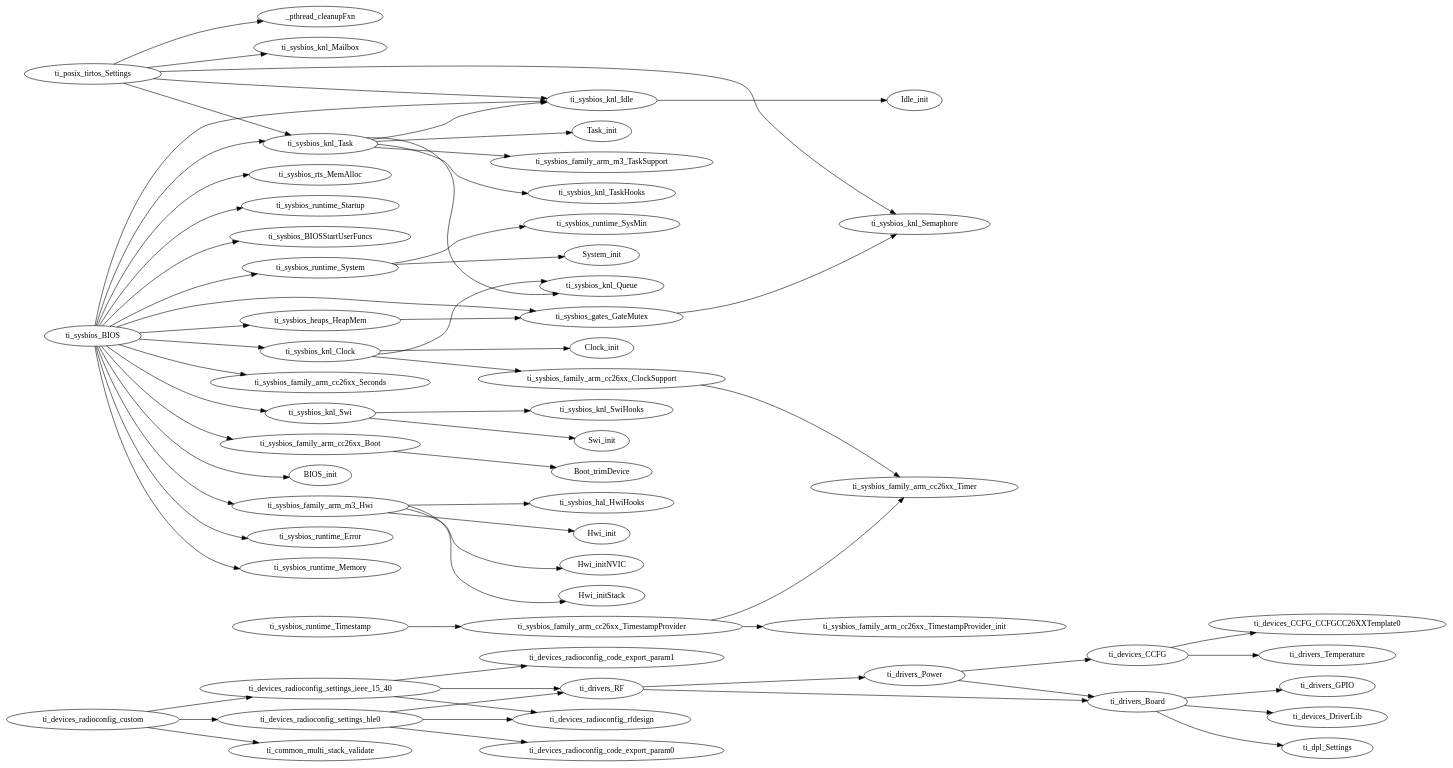
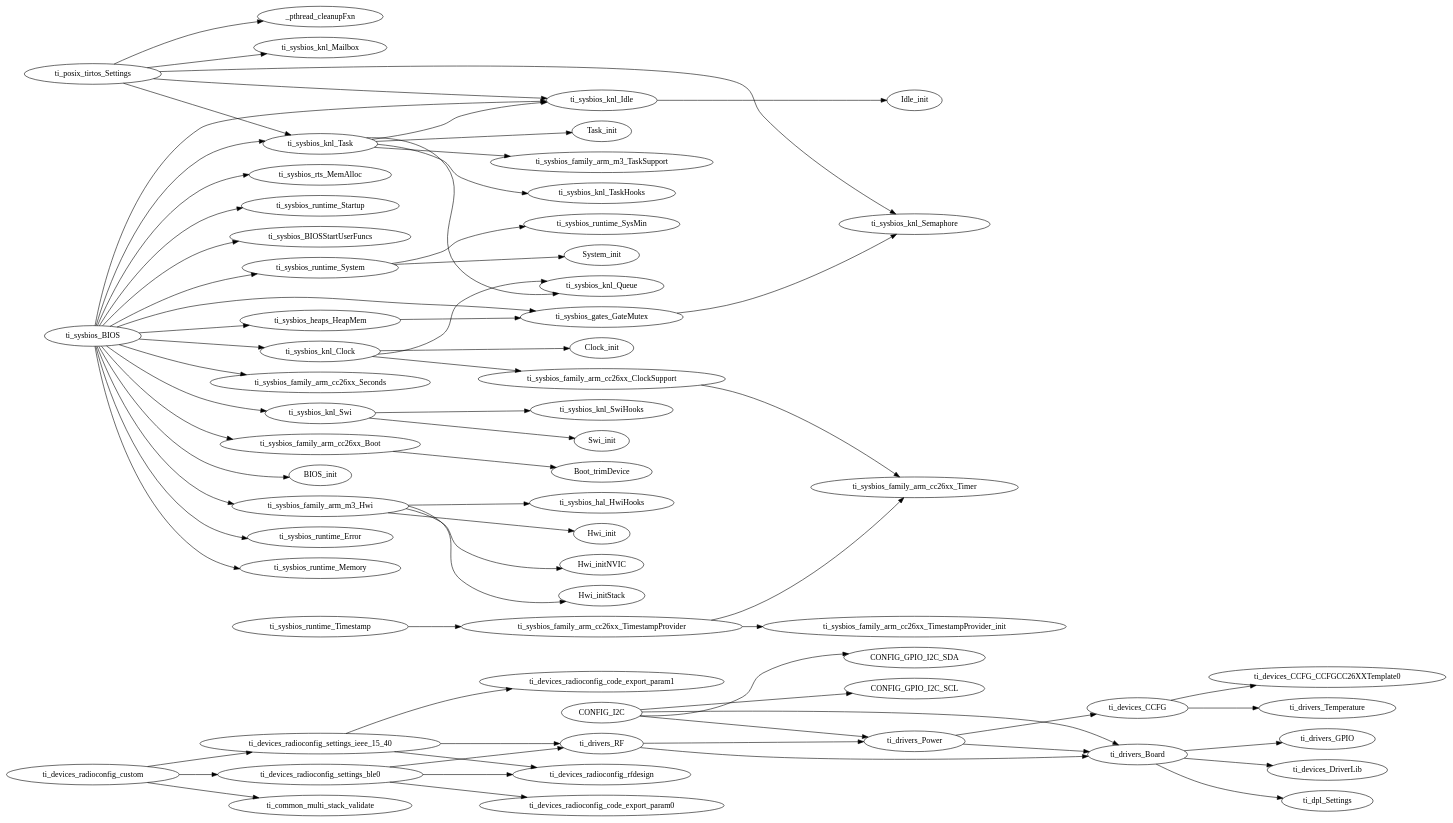
The diagram in Debug/syscfg/ti_utils_runtime_model.gv (voytex/multiSniff_project), drawn with Graphviz before and after one commit. The commit also changed 27 other files, not shown here.

```diff
--- a/Debug/syscfg/ti_utils_runtime_model.gv
+++ b/Debug/syscfg/ti_utils_runtime_model.gv
@@ -1,157 +1,163 @@
 digraph Model
 {
     graph[rankdir=LR]
 
     // mod.$name=/ti/common/multi_stack_validate
 
     // mod.$name=/ti/devices/CCFG
     ti_devices_CCFG -> ti_drivers_Temperature
     ti_devices_CCFG -> ti_devices_CCFG_CCFGCC26XXTemplate0
 
     // mod.$name=/ti/devices/CCFG/CCFGCC26XXTemplate
 
     // mod.$name=/ti/devices/DriverLib
 
     // mod.$name=/ti/devices/radioconfig/code_export_param
 
     // mod.$name=/ti/devices/radioconfig/custom
     ti_devices_radioconfig_custom -> ti_common_multi_stack_validate
     ti_devices_radioconfig_custom -> ti_devices_radioconfig_settings_ble0
     ti_devices_radioconfig_custom -> ti_devices_radioconfig_settings_ieee_15_40
 
     // mod.$name=/ti/devices/radioconfig/rfdesign
 
     // mod.$name=/ti/devices/radioconfig/settings/ble
     ti_devices_radioconfig_settings_ble0 -> ti_drivers_RF
     ti_devices_radioconfig_settings_ble0 -> ti_devices_radioconfig_rfdesign
     ti_devices_radioconfig_settings_ble0 -> ti_devices_radioconfig_code_export_param0
 
     // mod.$name=/ti/devices/radioconfig/settings/ieee_15_4
     ti_devices_radioconfig_settings_ieee_15_40 -> ti_drivers_RF
     ti_devices_radioconfig_settings_ieee_15_40 -> ti_devices_radioconfig_rfdesign
     ti_devices_radioconfig_settings_ieee_15_40 -> ti_devices_radioconfig_code_export_param1
 
     // mod.$name=/ti/dpl/Settings
 
     // mod.$name=/ti/drivers/Board
     ti_drivers_Board -> ti_drivers_GPIO
     ti_drivers_Board -> ti_devices_DriverLib
     ti_drivers_Board -> ti_dpl_Settings
 
     // mod.$name=/ti/drivers/GPIO
+
+    // mod.$name=/ti/drivers/I2C
+    CONFIG_I2C -> ti_drivers_Power
+    CONFIG_I2C -> ti_drivers_Board
+    CONFIG_I2C -> CONFIG_GPIO_I2C_SDA
+    CONFIG_I2C -> CONFIG_GPIO_I2C_SCL
 
     // mod.$name=/ti/drivers/Power
     ti_drivers_Power -> ti_devices_CCFG
     ti_drivers_Power -> ti_drivers_Board
 
     // mod.$name=/ti/drivers/RF
     ti_drivers_RF -> ti_drivers_Power
     ti_drivers_RF -> ti_drivers_Board
 
     // mod.$name=/ti/drivers/Temperature
 
     // mod.$name=/ti/posix/tirtos/Settings
     ti_posix_tirtos_Settings -> ti_sysbios_knl_Mailbox
     ti_posix_tirtos_Settings -> ti_sysbios_knl_Task
     ti_posix_tirtos_Settings -> ti_sysbios_knl_Semaphore
     ti_posix_tirtos_Settings -> ti_sysbios_knl_Idle
     ti_posix_tirtos_Settings -> _pthread_cleanupFxn
 
     // mod.$name=/ti/sysbios/BIOS
     ti_sysbios_BIOS -> ti_sysbios_knl_Idle
     ti_sysbios_BIOS -> ti_sysbios_runtime_Error
     ti_sysbios_BIOS -> ti_sysbios_runtime_Memory
     ti_sysbios_BIOS -> ti_sysbios_rts_MemAlloc
     ti_sysbios_BIOS -> ti_sysbios_runtime_System
     ti_sysbios_BIOS -> ti_sysbios_runtime_Startup
     ti_sysbios_BIOS -> ti_sysbios_BIOSStartUserFuncs
     ti_sysbios_BIOS -> ti_sysbios_knl_Clock
     ti_sysbios_BIOS -> ti_sysbios_knl_Task
     ti_sysbios_BIOS -> ti_sysbios_knl_Swi
     ti_sysbios_BIOS -> ti_sysbios_heaps_HeapMem
     ti_sysbios_BIOS -> ti_sysbios_gates_GateMutex
     ti_sysbios_BIOS -> ti_sysbios_family_arm_cc26xx_Seconds
     ti_sysbios_BIOS -> ti_sysbios_family_arm_cc26xx_Boot
     ti_sysbios_BIOS -> ti_sysbios_family_arm_m3_Hwi
     ti_sysbios_BIOS -> BIOS_init
 
     // mod.$name=/ti/sysbios/BIOSStartUserFuncs
 
     // mod.$name=/ti/sysbios/family/arm/cc26xx/Boot
     ti_sysbios_family_arm_cc26xx_Boot -> Boot_trimDevice
 
     // mod.$name=/ti/sysbios/family/arm/cc26xx/ClockSupport
     ti_sysbios_family_arm_cc26xx_ClockSupport -> ti_sysbios_family_arm_cc26xx_Timer
 
     // mod.$name=/ti/sysbios/family/arm/cc26xx/Seconds
 
     // mod.$name=/ti/sysbios/family/arm/cc26xx/Timer
 
     // mod.$name=/ti/sysbios/family/arm/cc26xx/TimestampProvider
     ti_sysbios_family_arm_cc26xx_TimestampProvider -> ti_sysbios_family_arm_cc26xx_Timer
     ti_sysbios_family_arm_cc26xx_TimestampProvider -> ti_sysbios_family_arm_cc26xx_TimestampProvider_init
 
     // mod.$name=/ti/sysbios/family/arm/m3/Hwi
     ti_sysbios_family_arm_m3_Hwi -> ti_sysbios_hal_HwiHooks
     ti_sysbios_family_arm_m3_Hwi -> Hwi_init
     ti_sysbios_family_arm_m3_Hwi -> Hwi_initNVIC
     ti_sysbios_family_arm_m3_Hwi -> Hwi_initStack
 
     // mod.$name=/ti/sysbios/family/arm/m3/TaskSupport
 
     // mod.$name=/ti/sysbios/gates/GateMutex
     ti_sysbios_gates_GateMutex -> ti_sysbios_knl_Semaphore
 
     // mod.$name=/ti/sysbios/hal/HwiHooks
 
     // mod.$name=/ti/sysbios/heaps/HeapMem
     ti_sysbios_heaps_HeapMem -> ti_sysbios_gates_GateMutex
 
     // mod.$name=/ti/sysbios/knl/Clock
     ti_sysbios_knl_Clock -> ti_sysbios_family_arm_cc26xx_ClockSupport
     ti_sysbios_knl_Clock -> ti_sysbios_knl_Queue
     ti_sysbios_knl_Clock -> Clock_init
 
     // mod.$name=/ti/sysbios/knl/Event
 
     // mod.$name=/ti/sysbios/knl/Idle
     ti_sysbios_knl_Idle -> Idle_init
 
     // mod.$name=/ti/sysbios/knl/Mailbox
 
     // mod.$name=/ti/sysbios/knl/Queue
 
     // mod.$name=/ti/sysbios/knl/Semaphore
 
     // mod.$name=/ti/sysbios/knl/Swi
     ti_sysbios_knl_Swi -> ti_sysbios_knl_SwiHooks
     ti_sysbios_knl_Swi -> Swi_init
 
     // mod.$name=/ti/sysbios/knl/SwiHooks
 
     // mod.$name=/ti/sysbios/knl/Task
     ti_sysbios_knl_Task -> ti_sysbios_knl_Idle
     ti_sysbios_knl_Task -> ti_sysbios_family_arm_m3_TaskSupport
     ti_sysbios_knl_Task -> ti_sysbios_knl_TaskHooks
     ti_sysbios_knl_Task -> ti_sysbios_knl_Queue
     ti_sysbios_knl_Task -> Task_init
 
     // mod.$name=/ti/sysbios/knl/TaskHooks
 
     // mod.$name=/ti/sysbios/rts/MemAlloc
 
     // mod.$name=/ti/sysbios/runtime/Error
 
     // mod.$name=/ti/sysbios/runtime/Memory
 
     // mod.$name=/ti/sysbios/runtime/Startup
 
     // mod.$name=/ti/sysbios/runtime/SysMin
 
     // mod.$name=/ti/sysbios/runtime/System
     ti_sysbios_runtime_System -> ti_sysbios_runtime_SysMin
     ti_sysbios_runtime_System -> System_init
 
     // mod.$name=/ti/sysbios/runtime/Timestamp
     ti_sysbios_runtime_Timestamp -> ti_sysbios_family_arm_cc26xx_TimestampProvider
 }
```
